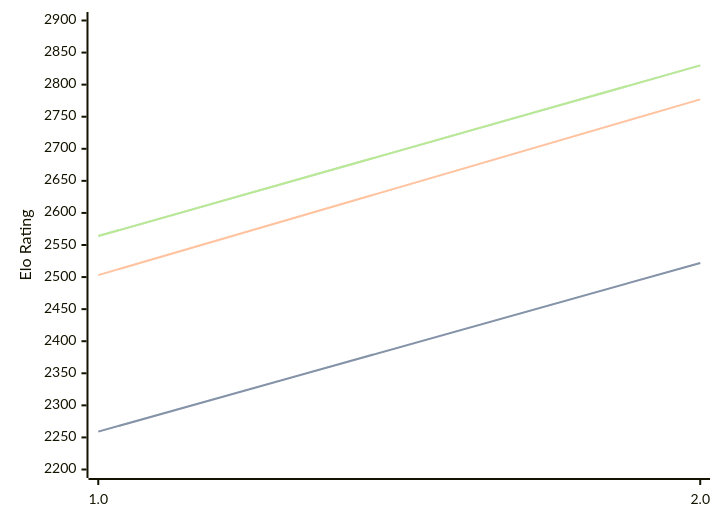
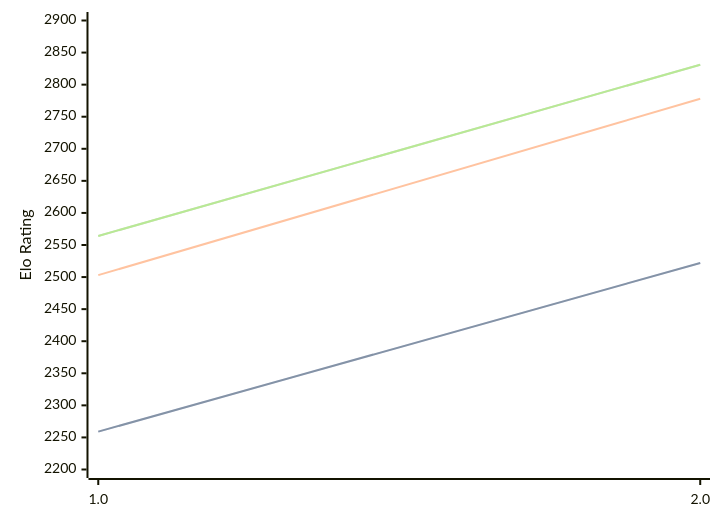
The diagram in engines/Revolver.md (computer-chess-index/cci), drawn with Mermaid before and after one commit. The commit also changed other lines of this file, not shown here.

Commit message:
Update CCI Ratings (ELO VLTC) - 2026-09-08

````diff
--- a/engines/Revolver.md
+++ b/engines/Revolver.md
@@ -32,11 +32,11 @@
 ```mermaid
 %%{init: {"theme":"base","themeVariables":{"seriesColors:['#a3a3a3','#222221','#faa371']}}}%%
 xychart-beta
   x-axis ["1.0", "2.0"]
   y-axis "Elo Rating" 2200 --> 2900
   line "" [2259, 2522]
   line "STC (8.0+0.08s)" [2259, 2522]
-  line "LTC (60.0+0.60s)" [2503, 2777]
-  line "" [2564, 2830]
-  line "VLTC (2m24s+1.12s)" [2564, 2830]
+  line "LTC (60.0+0.60s)" [2503, 2778]
+  line "" [2564, 2831]
+  line "VLTC (2m24s+1.12s)" [2564, 2831]
 ```
````
